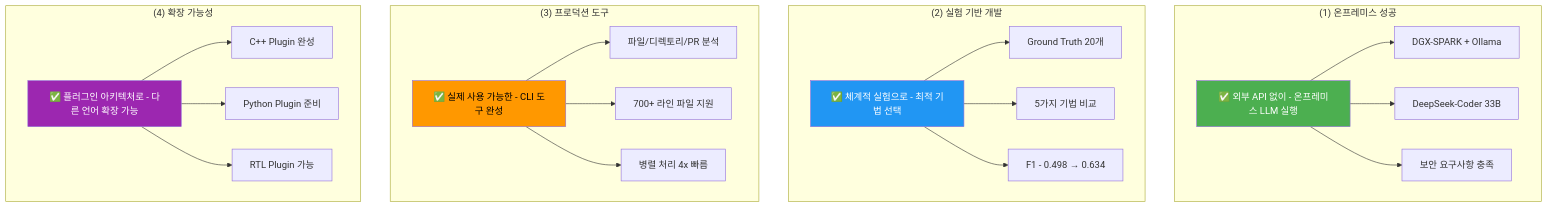
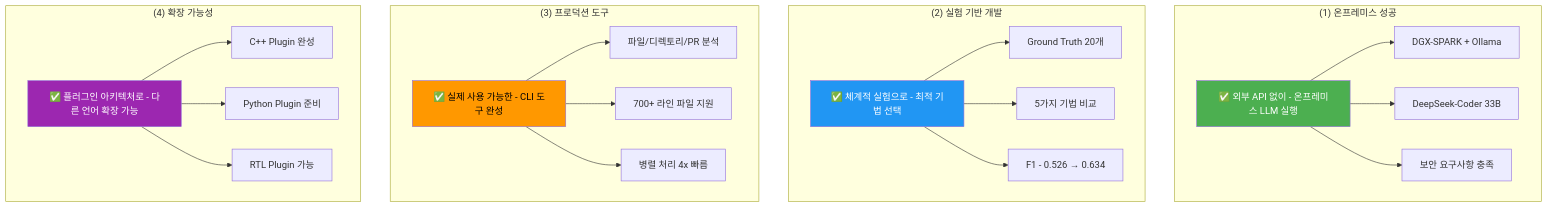
Diagram 47 of 49 in PRESENTATION.md (ApeachM/llm-code-reviewer), drawn with Mermaid before and after one commit. The commit also changed other lines of this file, not shown here.

````diff
--- a/PRESENTATION.md
+++ b/PRESENTATION.md
@@ -2571,35 +2571,35 @@
 ```mermaid
 graph TB
     subgraph "(1) 온프레미스 성공"
         Success1[✅ 외부 API 없이 - 온프레미스 LLM 실행]
         Success1 --> S1_1[DGX-SPARK + Ollama]
         Success1 --> S1_2[DeepSeek-Coder 33B]
         Success1 --> S1_3[보안 요구사항 충족]
     end
 
     subgraph "(2) 실험 기반 개발"
         Success2[✅ 체계적 실험으로 - 최적 기법 선택]
         Success2 --> S2_1[Ground Truth 20개]
         Success2 --> S2_2[5가지 기법 비교]
-        Success2 --> S2_3[F1 - 0.498 → 0.634]
+        Success2 --> S2_3[F1 - 0.526 → 0.634]
     end
 
     subgraph "(3) 프로덕션 도구"
         Success3[✅ 실제 사용 가능한 - CLI 도구 완성]
         Success3 --> S3_1[파일/디렉토리/PR 분석]
         Success3 --> S3_2[700+ 라인 파일 지원]
         Success3 --> S3_3[병렬 처리 4x 빠름]
     end
 
     subgraph "(4) 확장 가능성"
         Success4[✅ 플러그인 아키텍처로 - 다른 언어 확장 가능]
         Success4 --> S4_1[C++ Plugin 완성]
         Success4 --> S4_2[Python Plugin 준비]
         Success4 --> S4_3[RTL Plugin 가능]
     end
 
     style Success1 fill:#4caf50,color:#fff
     style Success2 fill:#2196f3,color:#fff
     style Success3 fill:#ff9800,color:#000
     style Success4 fill:#9c27b0,color:#fff
 ```
````
